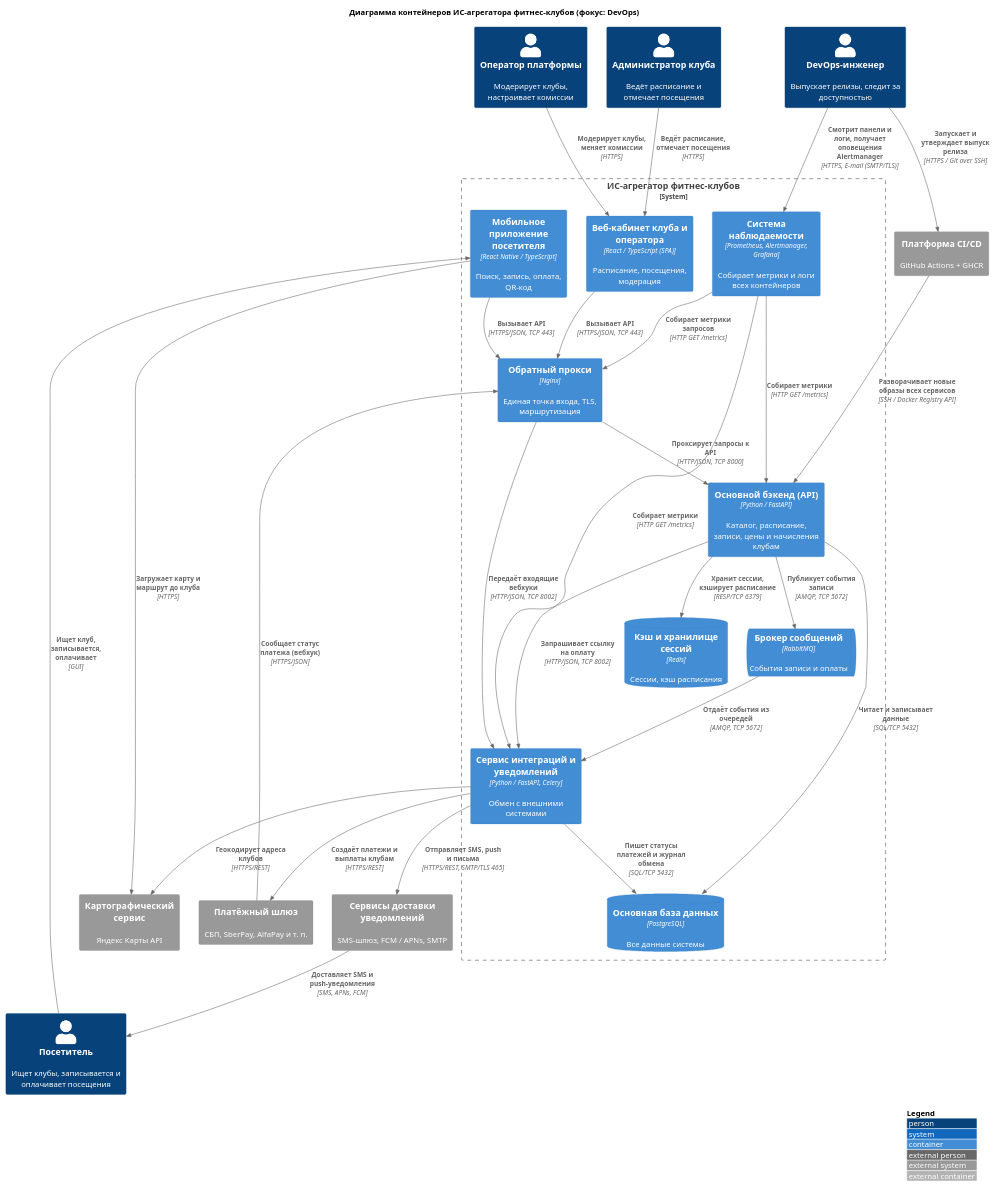
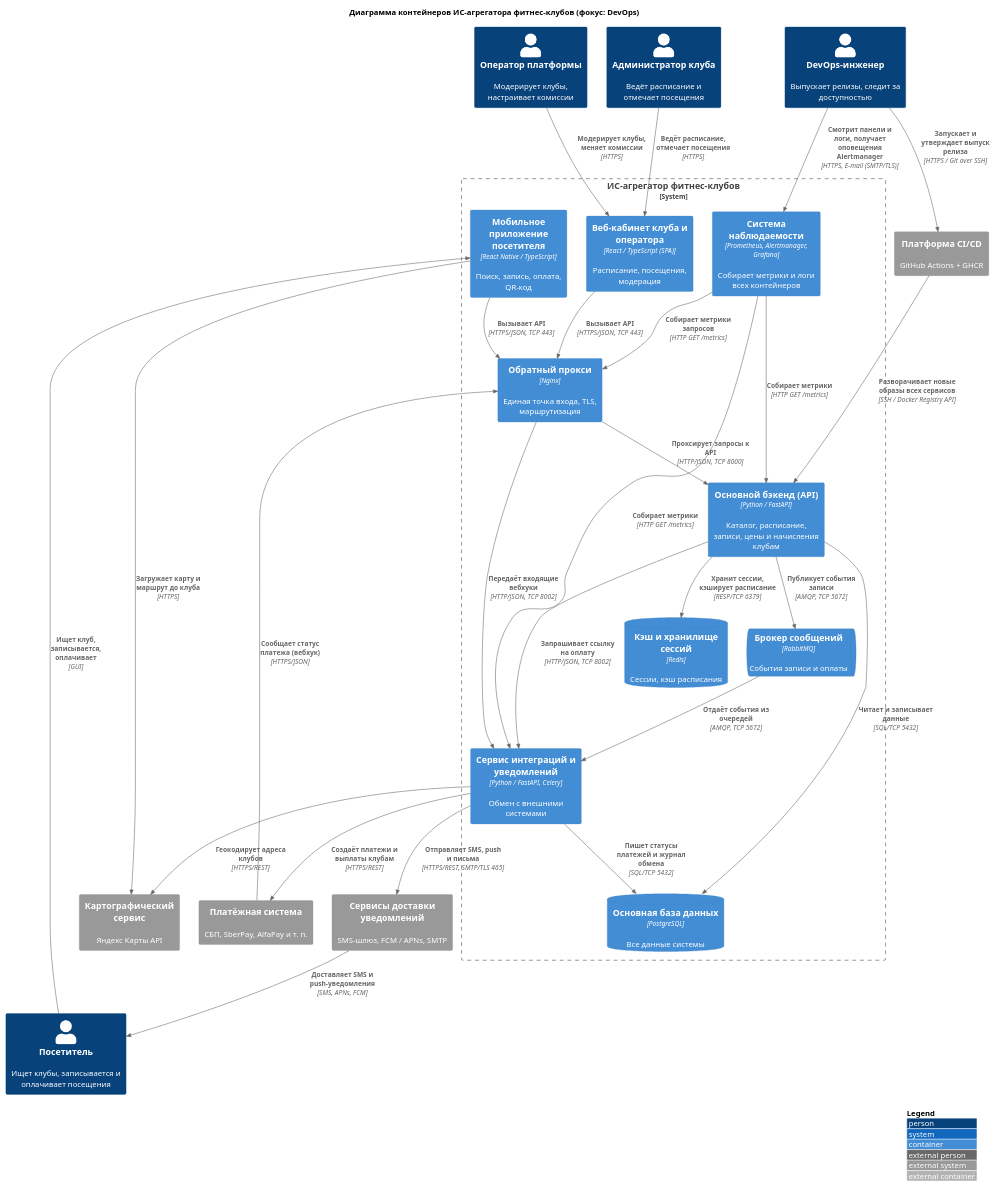
The diagram in src/containers/l2-containers-devops.puml (lamtfey11/ISIT-project-gym-aggregator), drawn with PlantUML before and after one commit.

Commit message:
Название внешней системы "Платёжная система" вместо "Платёжный шлюз", как и в L1

```diff
--- a/src/containers/l2-containers-devops.puml
+++ b/src/containers/l2-containers-devops.puml
@@ -1,64 +1,64 @@
 @startuml "Fitness Aggregator - Container View (DevOps)"
 !include https://raw.githubusercontent.com/plantuml-stdlib/C4-PlantUML/master/C4_Container.puml
 
 LAYOUT_WITH_LEGEND()
 
 title Диаграмма контейнеров ИС-агрегатора фитнес-клубов (фокус: DevOps)
 
 Person(visitor, "Посетитель", "Ищет клубы, записывается и оплачивает посещения")
 Person(club_admin, "Администратор клуба", "Ведёт расписание и отмечает посещения")
 Person(operator, "Оператор платформы", "Модерирует клубы, настраивает комиссии")
 Person(devops, "DevOps-инженер", "Выпускает релизы, следит за доступностью")
 
 
 System_Boundary(fitness_system, "ИС-агрегатор фитнес-клубов") {
   Container(mobile_app, "Мобильное приложение посетителя", "React Native / TypeScript", "Поиск, запись, оплата, QR-код")
   Container(club_web, "Веб-кабинет клуба и оператора", "React / TypeScript (SPA)", "Расписание, посещения, модерация")
   Container(reverse_proxy, "Обратный прокси", "Nginx", "Единая точка входа, TLS, маршрутизация")
   Container(api_backend, "Основной бэкенд (API)", "Python / FastAPI", "Каталог, расписание, записи, цены и начисления клубам")
   Container(integration_service, "Сервис интеграций и уведомлений", "Python / FastAPI, Celery", "Обмен с внешними системами")
   ContainerQueue(message_broker, "Брокер сообщений", "RabbitMQ", "События записи и оплаты")
   ContainerDb(database, "Основная база данных", "PostgreSQL", "Все данные системы")
   ContainerDb(cache, "Кэш и хранилище сессий", "Redis", "Сессии, кэш расписания")
   Container(monitoring, "Система наблюдаемости", "Prometheus, Alertmanager, Grafana", "Собирает метрики и логи всех контейнеров")
 }
 
-System_Ext(payment_gateway, "Платёжный шлюз", "СБП, SberPay, AlfaPay и т. п.")
+System_Ext(payment_gateway, "Платёжная система", "СБП, SberPay, AlfaPay и т. п.")
 System_Ext(maps_service, "Картографический сервис", "Яндекс Карты API")
 System_Ext(notification_gateway, "Сервисы доставки уведомлений", "SMS-шлюз, FCM / APNs, SMTP")
 System_Ext(ci_cd, "Платформа CI/CD", "GitHub Actions + GHCR")
 
 Rel(visitor, mobile_app, "Ищет клуб, записывается, оплачивает", "GUI")
 Rel(club_admin, club_web, "Ведёт расписание, отмечает посещения", "HTTPS")
 Rel(operator, club_web, "Модерирует клубы, меняет комиссии", "HTTPS")
 Rel(devops, monitoring, "Смотрит панели и логи, получает оповещения Alertmanager", "HTTPS, E-mail (SMTP/TLS)")
 Rel(devops, ci_cd, "Запускает и утверждает выпуск релиза", "HTTPS / Git over SSH")
 
 Rel(mobile_app, reverse_proxy, "Вызывает API", "HTTPS/JSON, TCP 443")
 Rel(club_web, reverse_proxy, "Вызывает API", "HTTPS/JSON, TCP 443")
 Rel(mobile_app, maps_service, "Загружает карту и маршрут до клуба", "HTTPS")
 
 Rel(reverse_proxy, api_backend, "Проксирует запросы к API", "HTTP/JSON, TCP 8000")
 Rel(reverse_proxy, integration_service, "Передаёт входящие вебхуки", "HTTP/JSON, TCP 8002")
 
 Rel(api_backend, integration_service, "Запрашивает ссылку на оплату", "HTTP/JSON, TCP 8002")
 Rel(api_backend, database, "Читает и записывает данные", "SQL/TCP 5432")
 Rel(api_backend, cache, "Хранит сессии, кэширует расписание", "RESP/TCP 6379")
 Rel(api_backend, message_broker, "Публикует события записи", "AMQP, TCP 5672")
 Rel(integration_service, database, "Пишет статусы платежей и журнал обмена", "SQL/TCP 5432")
 Rel(message_broker, integration_service, "Отдаёт события из очередей", "AMQP, TCP 5672")
 
 Rel(integration_service, payment_gateway, "Создаёт платежи и выплаты клубам", "HTTPS/REST")
 Rel(payment_gateway, reverse_proxy, "Сообщает статус платежа (вебхук)", "HTTPS/JSON")
 Rel(integration_service, maps_service, "Геокодирует адреса клубов", "HTTPS/REST")
 Rel(integration_service, notification_gateway, "Отправляет SMS, push и письма", "HTTPS/REST, SMTP/TLS 465")
 Rel(notification_gateway, visitor, "Доставляет SMS и push-уведомления", "SMS, APNs, FCM")
 
 Rel(monitoring, reverse_proxy, "Собирает метрики запросов", "HTTP GET /metrics")
 Rel(monitoring, api_backend, "Собирает метрики", "HTTP GET /metrics")
 Rel(monitoring, integration_service, "Собирает метрики", "HTTP GET /metrics")
 
 Rel(ci_cd, api_backend, "Разворачивает новые образы всех сервисов", "SSH / Docker Registry API")
 
 
 @enduml
```
